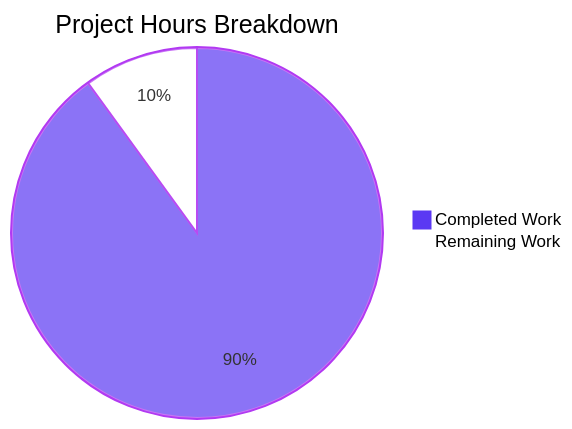
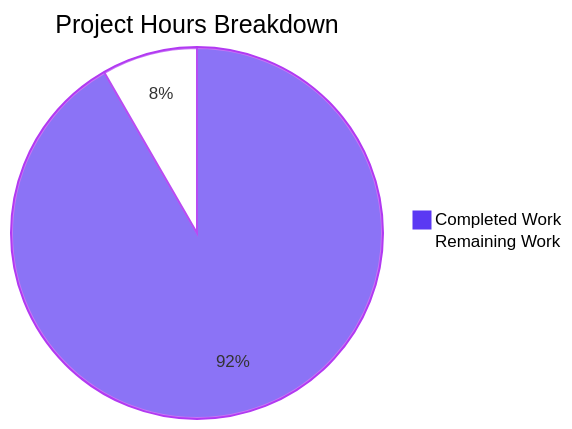
The second of 2 diagrams in blitzy/documentation/Project Guide - 2601e7b0-672c-47e5-8431-7c838e65e3f9.md (blitzy-build-in-public/17th-oct-project1-1c41818f), drawn with Mermaid before and after one commit. The commit also changed other lines of this file, not shown here.

````diff
--- a/blitzy/documentation/Project Guide - 2601e7b0-672c-47e5-8431-7c838e65e3f9.md
+++ b/blitzy/documentation/Project Guide - 2601e7b0-672c-47e5-8431-7c838e65e3f9.md
@@ -195,6 +200,6 @@
 ```mermaid
 %%{init: {"themeVariables": {"pie1": "#5B39F3", "pie2": "#FFFFFF", "pieStrokeColor": "#B23AF2", "pieOuterStrokeColor": "#B23AF2"}}}%%
 pie title Project Hours Breakdown
-    "Completed Work" : 18
+    "Completed Work" : 22
     "Remaining Work" : 2
 ```
````
